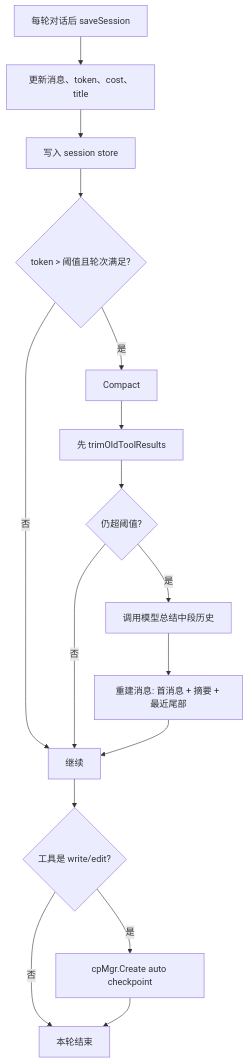
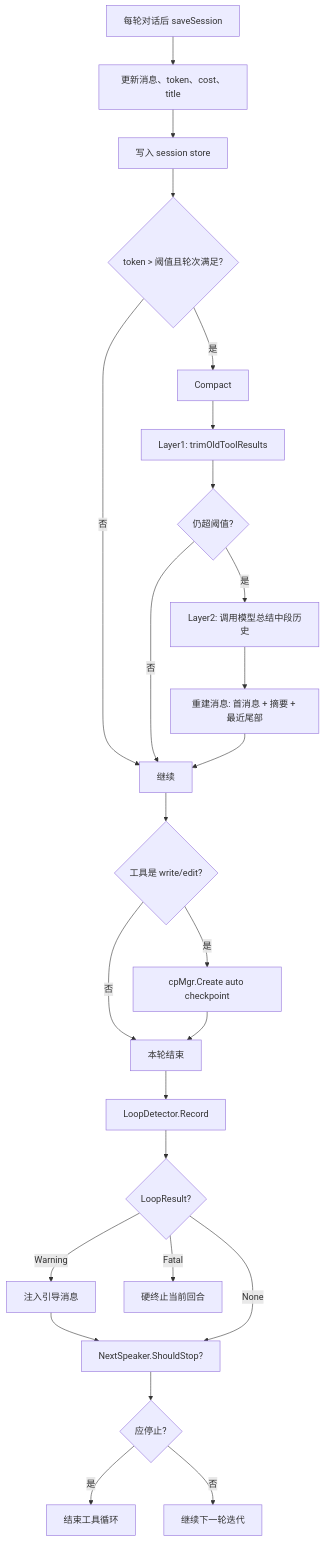
Before and after one commit to liuzhixin405/cove: diagram 12 of 16 in docs/全流程图-端到端.md, drawn with Mermaid. The commit also changed other lines of this file and 4 other files, not shown here.

First line of the commit message:
docs: 文档同步更新 - 实现要点+新模块说明+流程图

````diff
--- a/docs/全流程图-端到端.md
+++ b/docs/全流程图-端到端.md
@@ -292,21 +292,32 @@
 ```mermaid
 flowchart TD
     A[每轮对话后 saveSession] --> B[更新消息、token、cost、title]
     B --> C[写入 session store]
 
     C --> D{token > 阈值且轮次满足?}
     D -->|是| E[Compact]
     D -->|否| F[继续]
 
-    E --> E1[先 trimOldToolResults]
+    E --> E1[Layer1: trimOldToolResults]
     E1 --> E2{仍超阈值?}
-    E2 -->|是| E3[调用模型总结中段历史]
+    E2 -->|是| E3[Layer2: 调用模型总结中段历史]
     E2 -->|否| F
     E3 --> E4[重建消息: 首消息 + 摘要 + 最近尾部]
     E4 --> F
 
     F --> G{工具是 write/edit?}
     G -->|是| H[cpMgr.Create auto checkpoint]
     G -->|否| I[本轮结束]
     H --> I
+
+    I --> J[LoopDetector.Record]
+    J --> K{LoopResult?}
+    K -->|Warning| K1[注入引导消息]
+    K1 --> L
+    K -->|Fatal| K2[硬终止当前回合]
+    K -->|None| L[NextSpeaker.ShouldStop?]
+    
+    L --> M{应停止?}
+    M -->|是| N[结束工具循环]
+    M -->|否| O[继续下一轮迭代]
 ```
````
